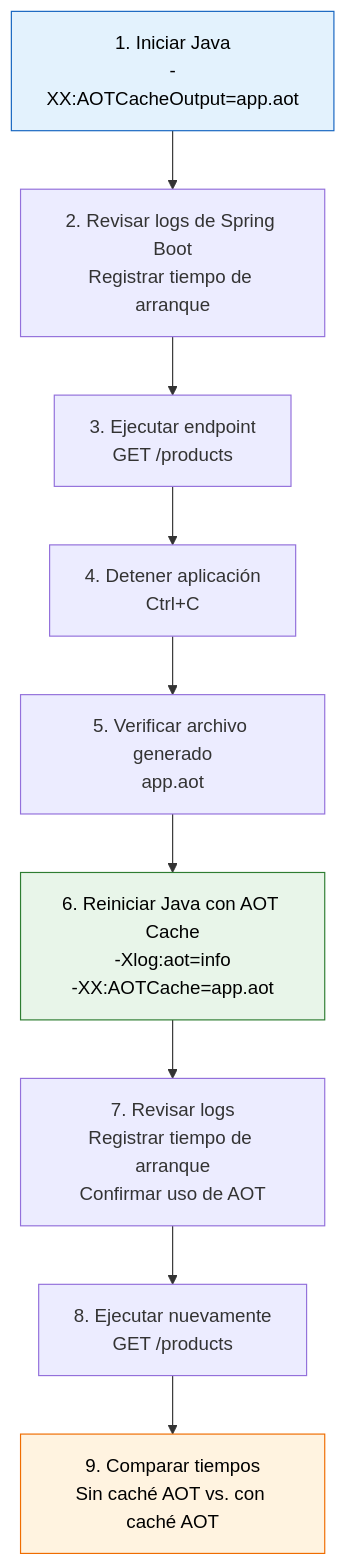
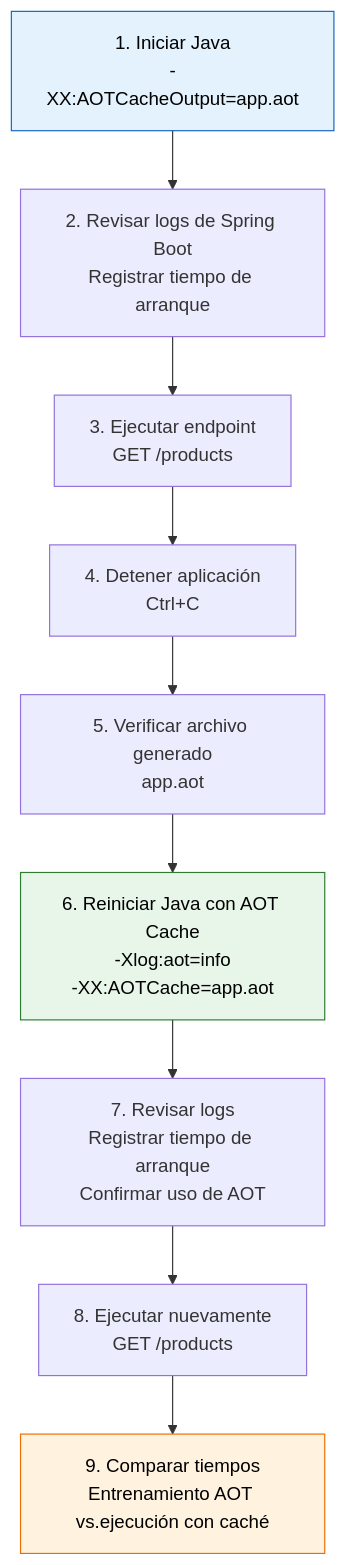
The diagram in code/jep-483-aot-class-loading-lab/docs/02-aot-cache.md (rugi/javaAldia), drawn with Mermaid before and after one commit.

Commit message:
Update comparison text in AOT cache documentation

````diff
--- a/code/jep-483-aot-class-loading-lab/docs/02-aot-cache.md
+++ b/code/jep-483-aot-class-loading-lab/docs/02-aot-cache.md
@@ -8,25 +8,25 @@
 ```mermaid
 flowchart TD
     A["1. Iniciar Java<br/>-XX:AOTCacheOutput=app.aot"]
     B["2. Revisar logs de Spring Boot<br/>Registrar tiempo de arranque"]
     C["3. Ejecutar endpoint<br/>GET /products"]
     D["4. Detener aplicación<br/>Ctrl+C"]
     E["5. Verificar archivo generado<br/>app.aot"]
     F["6. Reiniciar Java con AOT Cache<br/>-Xlog:aot=info<br/>-XX:AOTCache=app.aot"]
     G["7. Revisar logs<br/>Registrar tiempo de arranque<br/>Confirmar uso de AOT"]
     H["8. Ejecutar nuevamente<br/>GET /products"]
-    I["9. Comparar tiempos<br/>Sin caché AOT vs. con caché AOT"]
+    I["9. Comparar tiempos<br/>Entrenamiento AOT vs.ejecución con caché"]
 
     A --> B
     B --> C
     C --> D
     D --> E
     E --> F
     F --> G
     G --> H
     H --> I
 
     style A fill:#E3F2FD,stroke:#1565C0,color:#000
     style F fill:#E8F5E9,stroke:#2E7D32,color:#000
     style I fill:#FFF3E0,stroke:#EF6C00,color:#000
 ```
````
